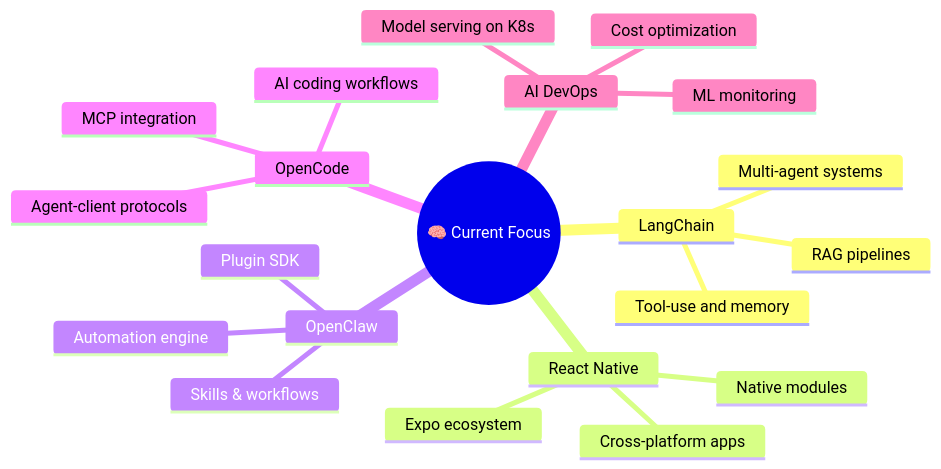
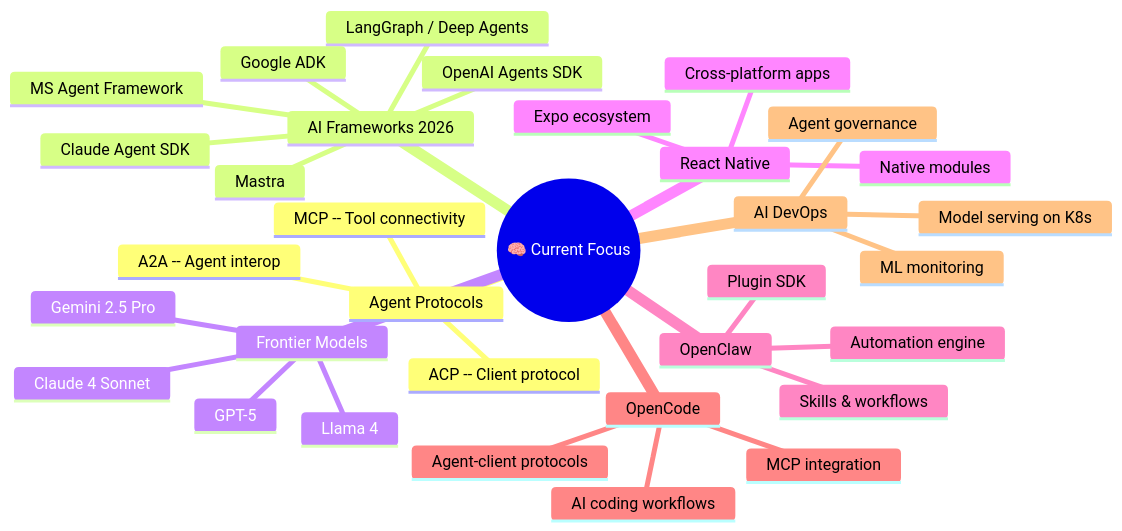
The third of 3 diagrams in README.md (deb888/deb888), drawn with Mermaid before and after one commit. The commit also changed other lines of this file, not shown here.

````diff
--- a/README.md
+++ b/README.md
@@ -248,24 +359,36 @@
 ```mermaid
 mindmap
   root((🧠 Current Focus))
-    LangChain
-      Multi-agent systems
-      RAG pipelines
-      Tool-use and memory
+    Agent Protocols
+      MCP -- Tool connectivity
+      A2A -- Agent interop
+      ACP -- Client protocol
+    AI Frameworks 2026
+      LangGraph / Deep Agents
+      Google ADK
+      MS Agent Framework
+      Mastra
+      OpenAI Agents SDK
+      Claude Agent SDK
+    Frontier Models
+      Gemini 2.5 Pro
+      Claude 4 Sonnet
+      GPT-5
+      Llama 4
     React Native
       Cross-platform apps
       Expo ecosystem
       Native modules
     OpenClaw
       Skills & workflows
       Plugin SDK
       Automation engine
     OpenCode
       AI coding workflows
       Agent-client protocols
       MCP integration
     AI DevOps
       Model serving on K8s
       ML monitoring
-      Cost optimization
+      Agent governance
 ```
````
